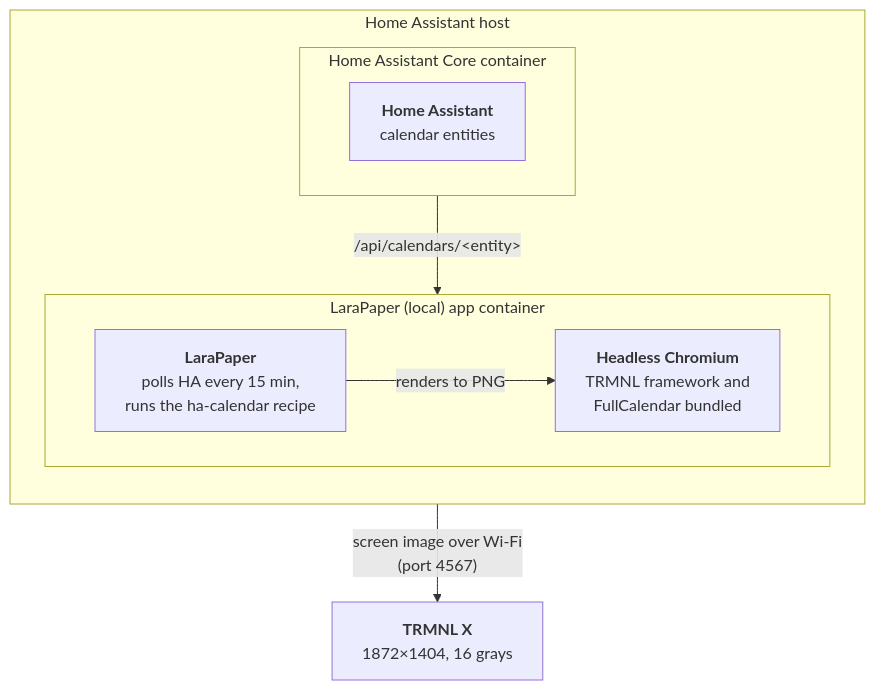
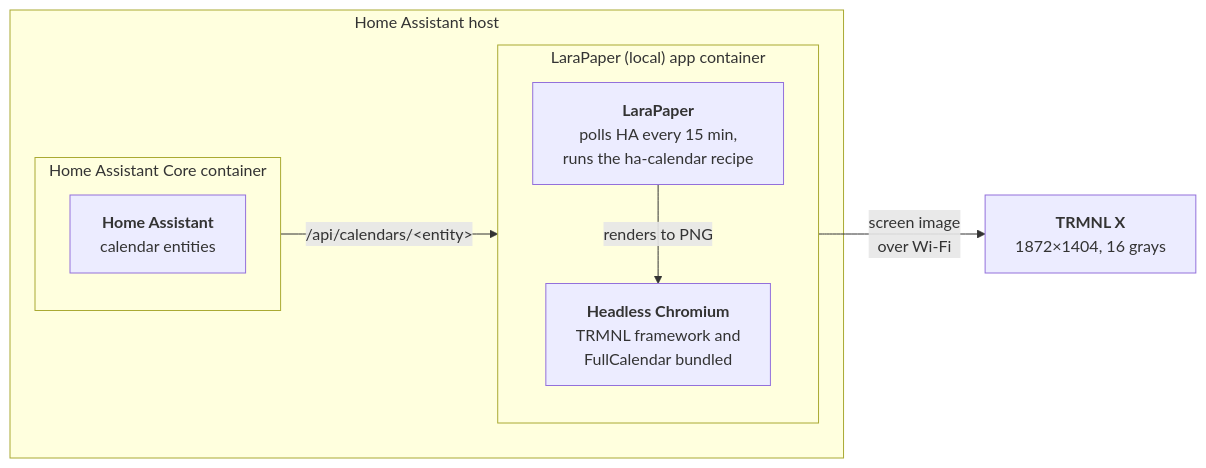
Before and after one commit to BartSchuurmans/trmnl-homeassistant-calendar: the diagram in README.md, drawn with Mermaid. The commit also changed other lines of this file, not shown here.

Commit message:
README: diagram heading, left-to-right layout; move 1-bit previews to Settings
Claude-Session: https://claude.ai/code/session_01N2ef82MDAbit3oKoXo9MMY

````diff
--- a/README.md
+++ b/README.md
@@ -11,17 +10,16 @@
 ```mermaid
-flowchart TB
+flowchart LR
     subgraph host["Home Assistant host"]
-        direction TB
         subgraph core["Home Assistant Core container"]
             HA["<b>Home Assistant</b><br>calendar entities"]
         end
         subgraph app["LaraPaper (local) app container"]
             LP["<b>LaraPaper</b><br>polls HA every 15 min,<br>runs the ha-calendar recipe"]
             CR["<b>Headless Chromium</b><br>TRMNL framework and<br>FullCalendar bundled"]
             LP -- "renders to PNG" --> CR
         end
         core -- "/api/calendars/&lt;entity&gt;" --> app
     end
     X["<b>TRMNL X</b><br>1872×1404, 16 grays"]
-    app -- "screen image over Wi-Fi<br>(port 4567)" --> X
+    app -- "screen image<br>over Wi-Fi" --> X
 ```
````
